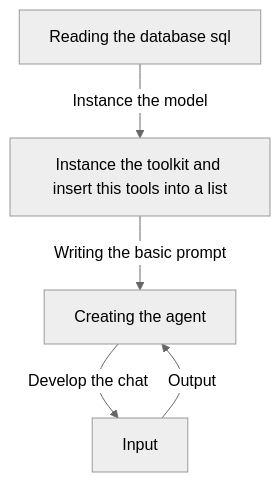
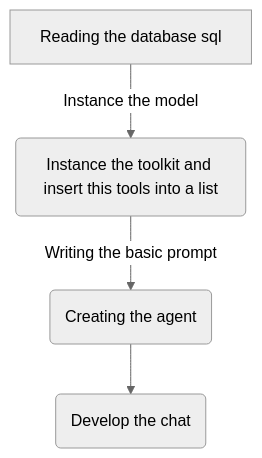
Before and after one commit to Patotricks15/Generative-AI-projects: the diagram in question_answering_database/README.md, drawn with Mermaid (neutral theme). The commit also changed other lines of this file and 22 other files, not shown here.

````diff
--- a/question_answering_database/README.md
+++ b/question_answering_database/README.md
@@ -11,7 +11,6 @@
 ```mermaid
 flowchart TD
-A[Reading the database sql] -->|Instance the model| B[Instance the toolkit and insert this tools into a list]
-B -->|Writing the basic prompt| C[Creating the agent]
-C -->|Develop the chat| D[Input]
-D -->|Output| C
+    A[Reading the database sql] -->|Instance the model| B(Instance the toolkit and insert this tools into a list)
+    B -->|Writing the basic prompt| C(Creating the agent)
+    C --> D(Develop the chat)
 ```
````
